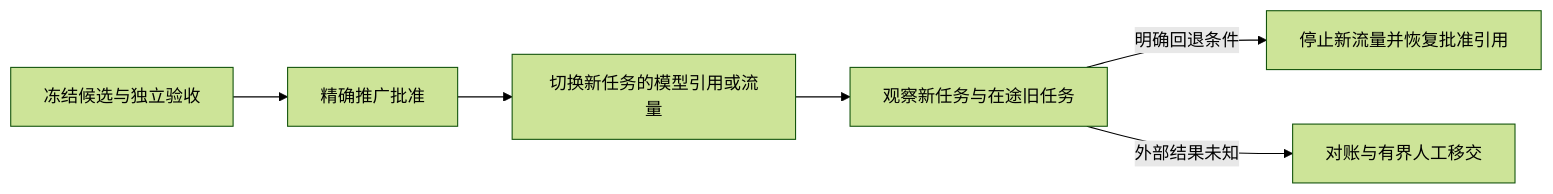
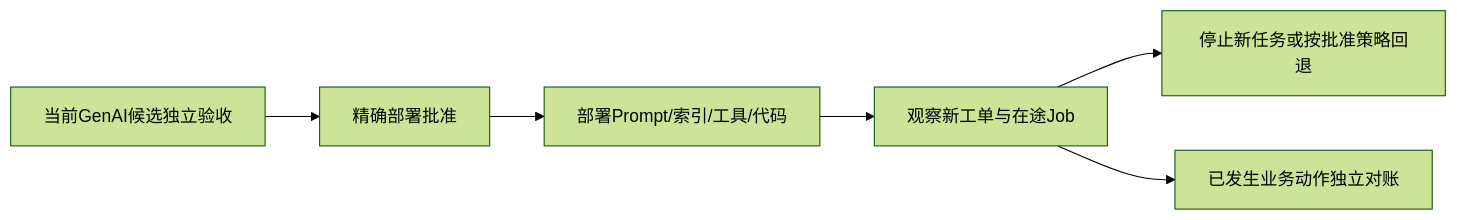
One commit to guangxinsuuu/EvidCodingAgent changed the diagram in docs/21-business-and-platform-extensions.md. Above: the diagram before and after it, drawn with Mermaid (forest theme). The commit also changed other lines of this file and 57 other files, not shown here.

````diff
--- a/docs/21-business-and-platform-extensions.md
+++ b/docs/21-business-and-platform-extensions.md
@@ -57,8 +62,8 @@
 ```mermaid
 flowchart LR
-  E[冻结候选与独立验收] --> A[精确推广批准]
-  A --> P[切换新任务的模型引用或流量]
-  P --> O[观察新任务与在途旧任务]
-  O -->|明确回退条件| R[停止新流量并恢复批准引用]
-  O -->|外部结果未知| Q[对账与有界人工移交]
+  F[当前GenAI候选独立验收] --> A[精确部署批准]
+  A --> D[部署Prompt/索引/工具/代码]
+  D --> O[观察新工单与在途Job]
+  O --> R[停止新任务或按批准策略回退]
+  O --> U[已发生业务动作独立对账]
 ```
````
